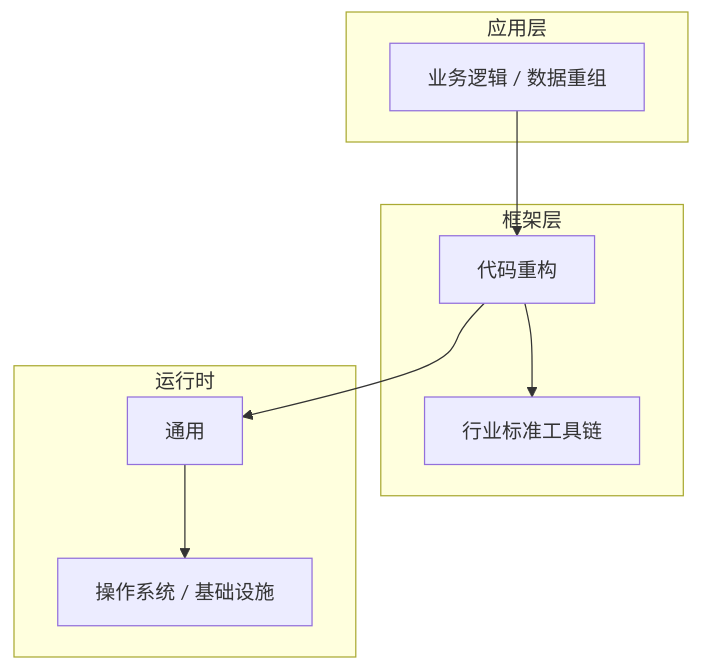
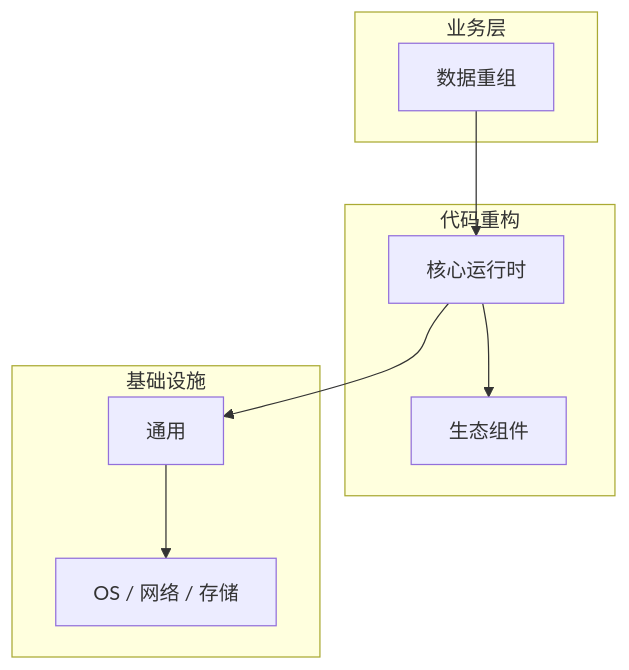
The diagram in articles/代码重构/chapters/043-数据重组核心概念与原理.md (yanggan2015/knowledge-json-v2), drawn with Mermaid before and after one commit. The commit also changed other lines of this file and 10127 other files, not shown here.

````diff
--- a/articles/代码重构/chapters/043-数据重组核心概念与原理.md
+++ b/articles/代码重构/chapters/043-数据重组核心概念与原理.md
@@ -45,18 +34,18 @@
 ```mermaid
 graph TB
-    subgraph 应用层
-        A[业务逻辑 / 数据重组]
+    subgraph 业务层
+        A[数据重组]
     end
-    subgraph 框架层
-        B[代码重构]
-        C[行业标准工具链]
+    subgraph 代码重构
+        B[核心运行时]
+        C[生态组件]
     end
-    subgraph 运行时
+    subgraph 基础设施
         D[通用]
-        E[操作系统 / 基础设施]
+        E[OS / 网络 / 存储]
     end
     A --> B
     B --> C
     B --> D
     D --> E
 ```
````
